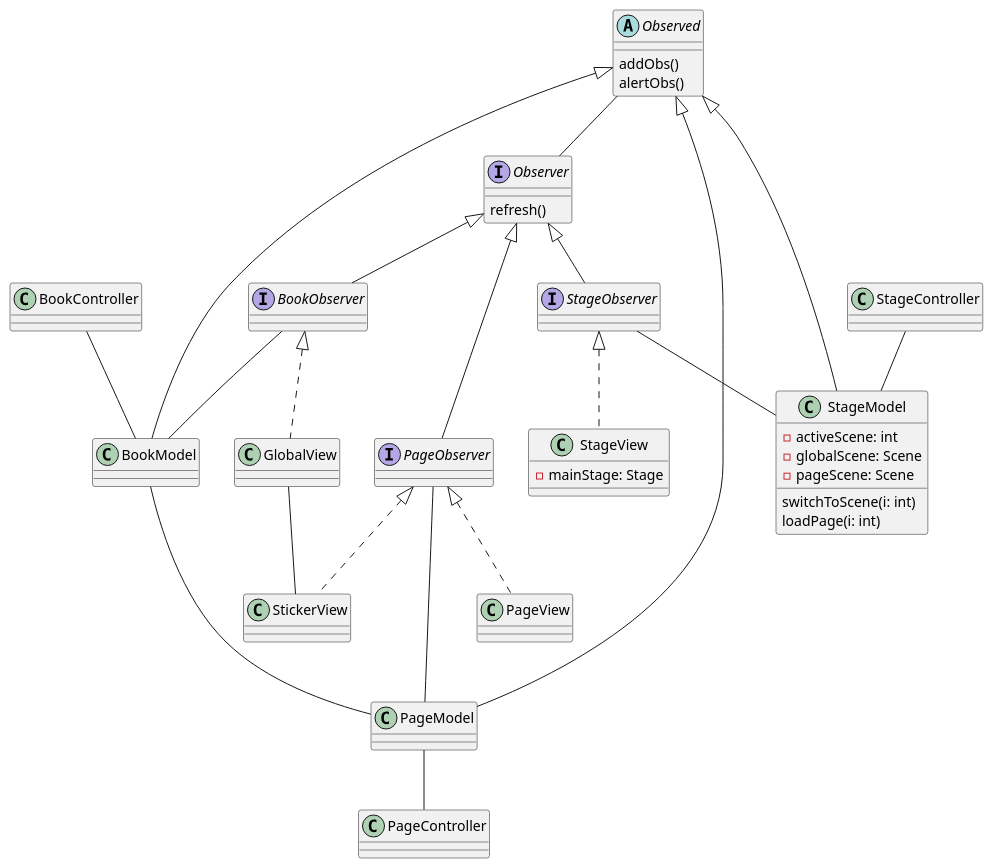
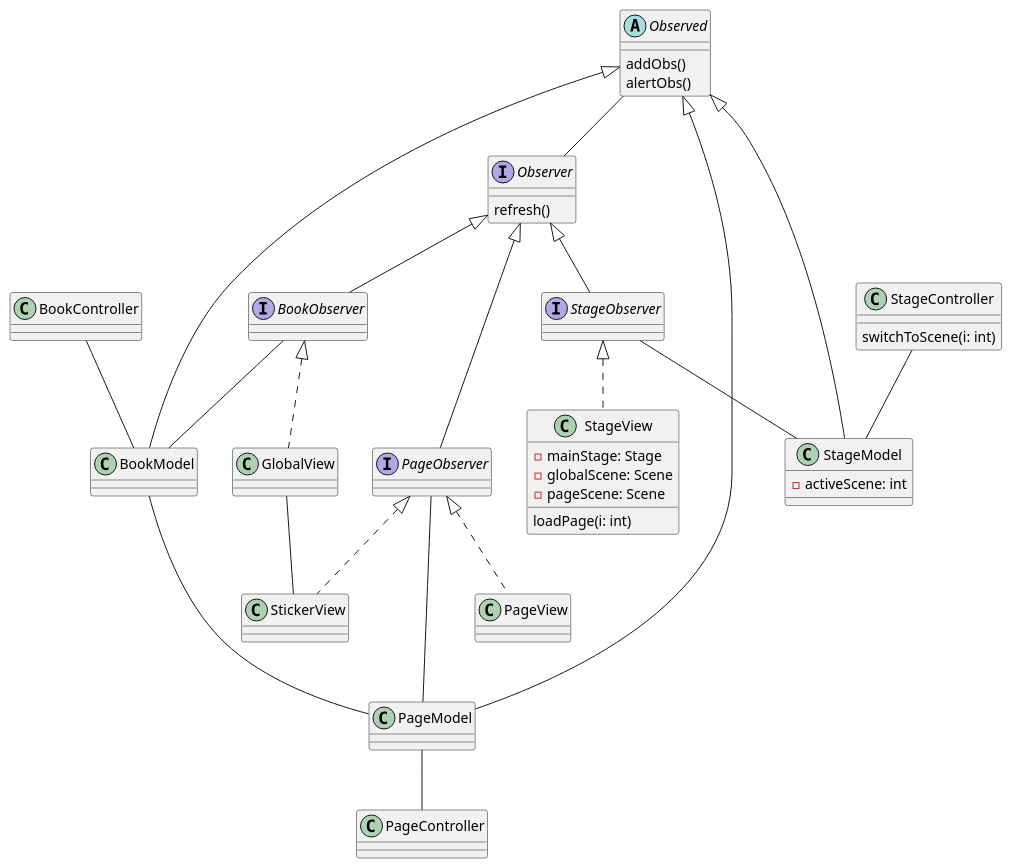
The diagram in classDiagramm.wsd (BigBaz54/TravelBook), drawn with PlantUML before and after one commit.

Commit message:
[+] partie stage diagramme

```diff
--- a/classDiagramm.wsd
+++ b/classDiagramm.wsd
@@ -1,86 +1,81 @@
 @startuml class
 
 interface Observer {
     {method} refresh()
 }
 
 interface BookObserver implements Observer {
     
 }
 
 interface PageObserver implements Observer {
 
 }
 
 interface StageObserver implements Observer {
     
 }
 
 abstract class Observed {
     {method} addObs()
     {method} alertObs() 
 }
 
 class BookModel extends Observed {
 
 }
 
 class PageModel extends Observed {
 
 }
 
 class StageModel extends Observed {
     - activeScene: int
-    - globalScene: Scene
-    - pageScene: Scene
-    {method} switchToScene(i: int)
-    {method} loadPage(i: int)
 }
 
 class BookController {
 
 }
 
 class PageController {
 
 }
 
 class StageController {
+    {method} switchToScene(i: int)
 
 }
 
 class GlobalView implements BookObserver {
 
 }
 
 class PageView implements PageObserver {
 
 }
 
 class StageView implements StageObserver {
-
-}
-
-class StageView {
     - mainStage: Stage
-
+    - globalScene: Scene
+    - pageScene: Scene
+    {method} loadPage(i: int)
 }
 
 class StickerView implements PageObserver{
 
 }
 
 StageController -- StageModel
 BookController -- BookModel
 PageModel -- PageController
 
 StageObserver -- StageModel
 PageObserver -- PageModel
 BookObserver -- BookModel
 GlobalView -- StickerView
 
 BookModel --- PageModel
 
 Observed -- Observer
 
 @enduml
```
